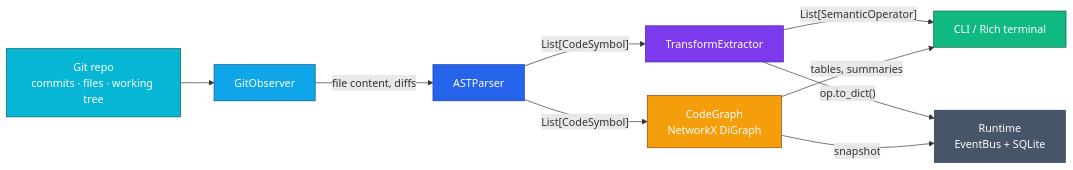
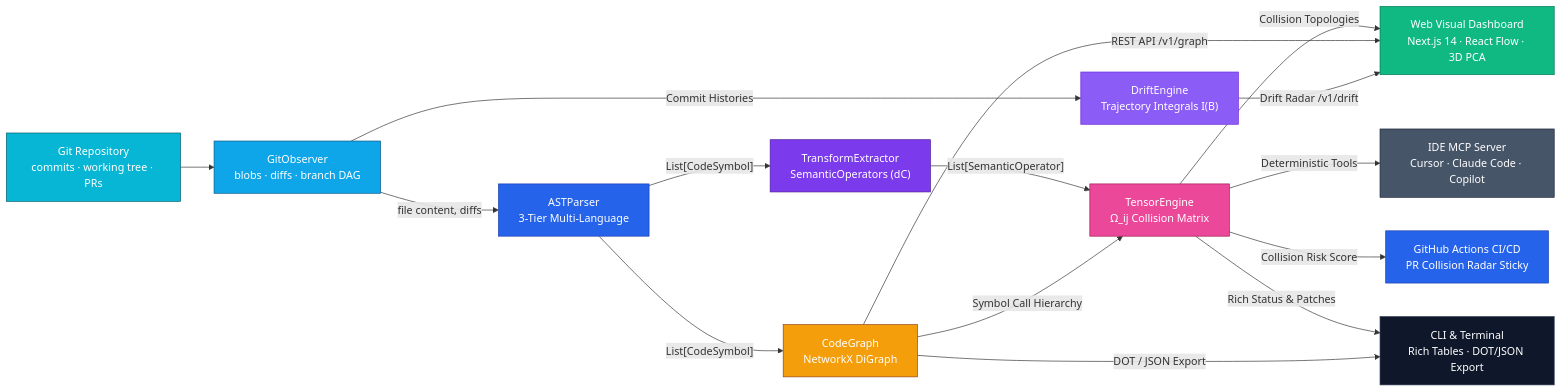
The first of 3 diagrams in docs/IO & VIZ.md (Sarthak2233/GDSS), drawn with Mermaid before and after one commit. The commit also changed other lines of this file and 330 other files, not shown here.

First line of the commit message:
feat(core,ai,mcp,validation,ci): Semantic PR Collision Radar & Convergence Assistant

````diff
--- a/docs/IO & VIZ.md
+++ b/docs/IO & VIZ.md
@@ -18,27 +41,43 @@
 ```mermaid
 flowchart LR
-    Git["Git repo<br>commits · files · working tree"]
-    GO["GitObserver"]
-    AST["ASTParser"]
-    TX["TransformExtractor"]
+    Git["Git Repository<br>commits · working tree · PRs"]
+    GO["GitObserver<br>blobs · diffs · branch DAG"]
+    AST["ASTParser<br>3-Tier Multi-Language"]
+    TX["TransformExtractor<br>SemanticOperators (dC)"]
     CG["CodeGraph<br>NetworkX DiGraph"]
-    CLI["CLI / Rich terminal"]
-    RT["Runtime<br>EventBus + SQLite"]
+    TE["TensorEngine<br>Ω_ij Collision Matrix"]
+    DE["DriftEngine<br>Trajectory Integrals I(B)"]
+
+    %% Delivery Surfaces
+    SURF1["Web Visual Dashboard<br>Next.js 14 · React Flow · 3D PCA"]
+    SURF2["IDE MCP Server<br>Cursor · Claude Code · Copilot"]
+    SURF3["GitHub Actions CI/CD<br>PR Collision Radar Sticky"]
+    SURF4["CLI & Terminal<br>Rich Tables · DOT/JSON Export"]
 
     Git --> GO
     GO -->|"file content, diffs"| AST
     AST -->|"List[CodeSymbol]"| TX
     AST -->|"List[CodeSymbol]"| CG
-    TX -->|"List[SemanticOperator]"| CLI
-    TX -->|"op.to_dict()"| RT
-    CG -->|"tables, summaries"| CLI
-    CG -->|"snapshot"| RT
+    TX -->|"List[SemanticOperator]"| TE
+    CG -->|"Symbol Call Hierarchy"| TE
+    GO -->|"Commit Histories"| DE
+    TE -->|"Collision Topologies"| SURF1
+    TE -->|"Deterministic Tools"| SURF2
+    TE -->|"Collision Risk Score"| SURF3
+    TE -->|"Rich Status & Patches"| SURF4
+    CG -->|"REST API /v1/graph"| SURF1
+    CG -->|"DOT / JSON Export"| SURF4
+    DE -->|"Drift Radar /v1/drift"| SURF1
 
     style Git fill:#06b6d4,stroke:#035e66,color:#fff
     style GO fill:#0ea5e9,stroke:#075985,color:#fff
     style AST fill:#2563eb,stroke:#1e40af,color:#fff
     style TX fill:#7c3aed,stroke:#4c1d95,color:#fff
     style CG fill:#f59e0b,stroke:#92400e,color:#fff
-    style CLI fill:#10b981,stroke:#065f46,color:#fff
-    style RT fill:#475569,stroke:#334155,color:#fff
+    style TE fill:#ec4899,stroke:#9d174d,color:#fff
+    style DE fill:#8b5cf6,stroke:#6d28d9,color:#fff
+    style SURF1 fill:#10b981,stroke:#047857,color:#fff
+    style SURF2 fill:#475569,stroke:#1e293b,color:#fff
+    style SURF3 fill:#2563eb,stroke:#1e40af,color:#fff
+    style SURF4 fill:#0f172a,stroke:#334155,color:#fff
 ```
````
